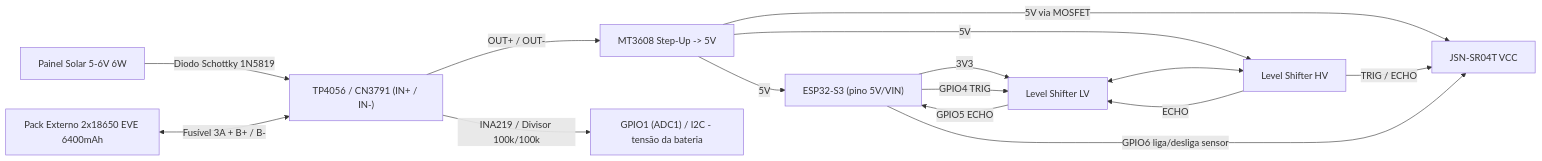
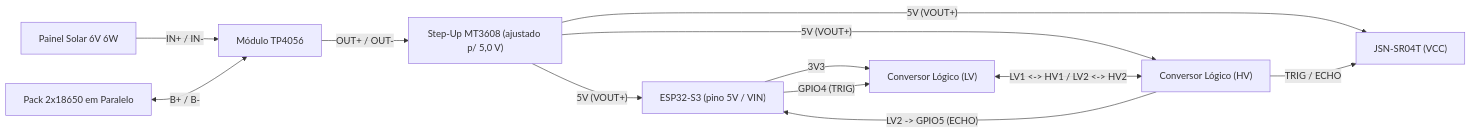
The diagram in README.md (allexbr25/medidor_caixa_dagua_esp32s3), drawn with Mermaid before and after one commit. The commit also changed other lines of this file and 3 other files, not shown here.

````diff
--- a/README.md
+++ b/README.md
@@ -26,16 +19,14 @@
 ```mermaid
 flowchart LR
-    PV["Painel Solar 5-6V 6W"] -->|"Diodo Schottky 1N5819"| TP["TP4056 / CN3791 (IN+ / IN-)"]
-    BAT["Pack Externo 2x18650 EVE 6400mAh"] <-->|"Fusível 3A + B+ / B-"| TP
-    TP -->|"OUT+ / OUT-"| MT["MT3608 Step-Up -> 5V"]
-    TP -->|"INA219 / Divisor 100k/100k"| ADC["GPIO1 (ADC1) / I2C - tensão da bateria"]
-    MT -->|"5V"| ESP["ESP32-S3 (pino 5V/VIN)"]
-    MT -->|"5V via MOSFET"| JSN["JSN-SR04T VCC"]
-    ESP -->|"3V3"| LV["Level Shifter LV"]
-    MT -->|"5V"| HV["Level Shifter HV"]
-    ESP -->|"GPIO4 TRIG"| LV
-    LV <--> HV
+    PV["Painel Solar 6V 6W"] -->|"IN+ / IN-"| TP["Módulo TP4056"]
+    BAT["Pack 2x18650 em Paralelo"] <-->|"B+ / B-"| TP
+    TP -->|"OUT+ / OUT-"| MT["Step-Up MT3608 (ajustado p/ 5,0 V)"]
+    MT -->|"5V (VOUT+)"| ESP["ESP32-S3 (pino 5V / VIN)"]
+    MT -->|"5V (VOUT+)"| JSN["JSN-SR04T (VCC)"]
+    MT -->|"5V (VOUT+)"| HV["Conversor Lógico (HV)"]
+    ESP -->|"3V3"| LV["Conversor Lógico (LV)"]
+    ESP -->|"GPIO4 (TRIG)"| LV
+    LV <-->|"LV1 <-> HV1 / LV2 <-> HV2"| HV
     HV -->|"TRIG / ECHO"| JSN
-    HV -->|"ECHO"| LV -->|"GPIO5 ECHO"| ESP
-    ESP -->|"GPIO6 liga/desliga sensor"| JSN
+    HV -->|"LV2 -> GPIO5 (ECHO)"| ESP
 ```
````
